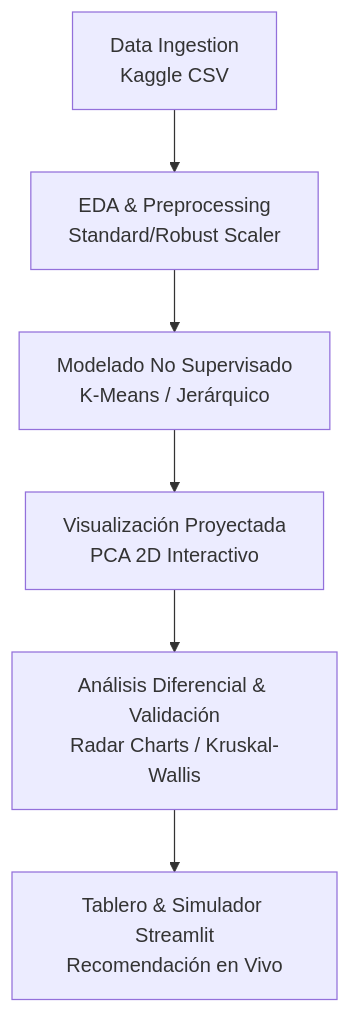
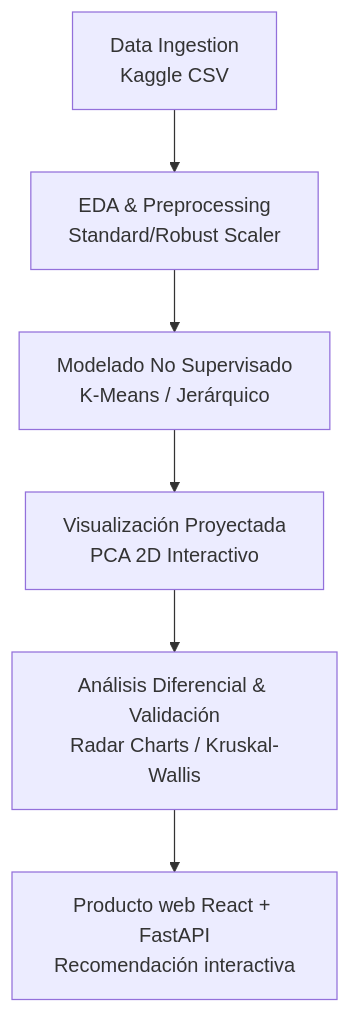
The diagram in README.md (Dmgar/Project_Terra), drawn with Mermaid before and after one commit. The commit also changed other lines of this file and 17 other files, not shown here.

````diff
--- a/README.md
+++ b/README.md
@@ -93,8 +93,8 @@
 ```mermaid
 flowchart TD
     A[Data Ingestion<br>Kaggle CSV] --> B[EDA & Preprocessing<br>Standard/Robust Scaler]
     B --> C[Modelado No Supervisado<br>K-Means / Jerárquico]
     C --> D[Visualización Proyectada<br>PCA 2D Interactivo]
     D --> E[Análisis Diferencial & Validación<br>Radar Charts / Kruskal-Wallis]
-    E --> F[Tablero & Simulador Streamlit<br>Recomendación en Vivo]
+    E --> F[Producto web React + FastAPI<br>Recomendación interactiva]
 ```
````
